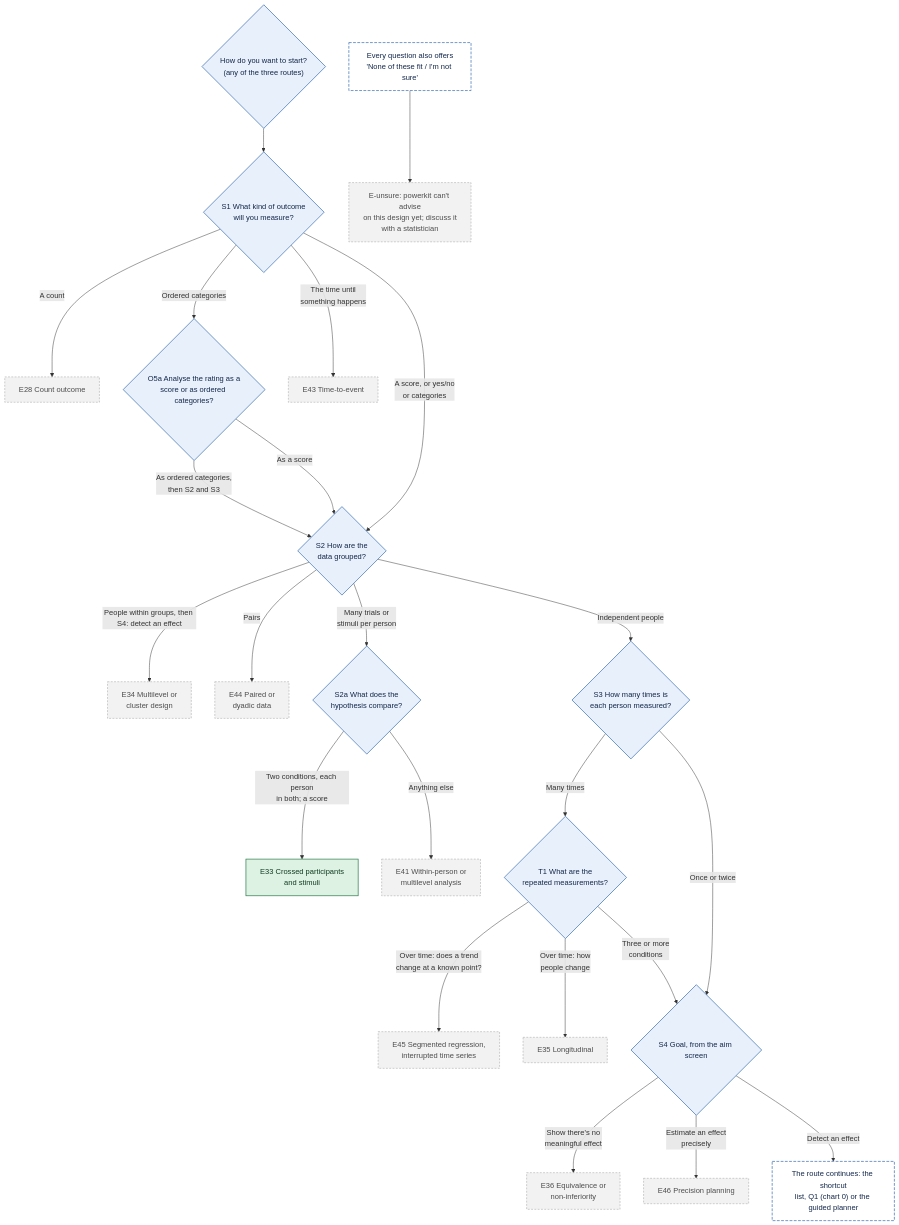
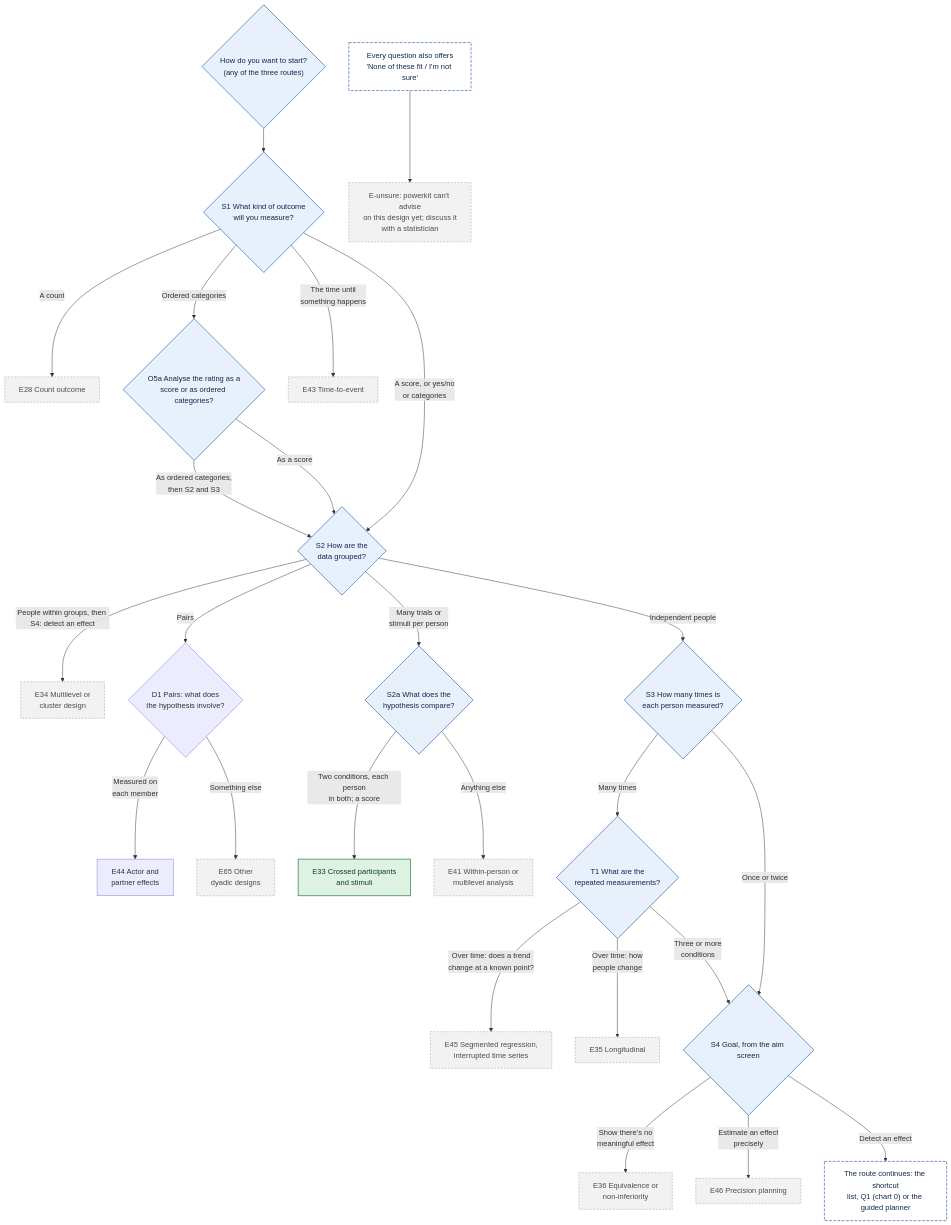
The first of 11 diagrams in docs/decision-tree.md (JoelThornton/Powerkit), drawn with Mermaid before and after one commit. The commit also changed other lines of this file and 36 other files, not shown here.

First line of the commit message:
Add dyadic data: actor and partner effects (E44) (#217)

````diff
--- a/docs/decision-tree.md
+++ b/docs/decision-tree.md
@@ -239,34 +239,36 @@
 ```mermaid
 flowchart TD
   S0{"How do you want to start?<br/>(any of the three routes)"} --> S1{"S1 What kind of outcome<br/>will you measure?"}
   S1 -->|A count| E28["E28 Count outcome"]
   S1 -->|Ordered categories| O5a{"O5a Analyse the rating as a<br/>score or as ordered categories?"}
   O5a -->|As ordered categories,<br/>then S2 and S3| S2
   O5a -->|As a score| S2
   S1 -->|The time until<br/>something happens| E43["E43 Time-to-event"]
   S1 -->|A score, or yes/no<br/>or categories| S2{"S2 How are the<br/>data grouped?"}
   S2 -->|People within groups, then S4: detect an effect| E34["E34 Multilevel or<br/>cluster design"]
-  S2 -->|Pairs| E44["E44 Paired or<br/>dyadic data"]
+  S2 -->|Pairs| D1{"D1 Pairs: what does<br/>the hypothesis involve?"}
+  D1 -->|Measured on<br/>each member| E44["E44 Actor and<br/>partner effects"]
+  D1 -->|Something else| E65["E65 Other<br/>dyadic designs"]
   S2 -->|Many trials or<br/>stimuli per person| S2A{"S2a What does the<br/>hypothesis compare?"}
   S2A -->|Two conditions, each person<br/>in both; a score| E33["E33 Crossed participants<br/>and stimuli"]
   S2A -->|Anything else| E41["E41 Within-person or<br/>multilevel analysis"]
   S2 -->|Independent people| S3{"S3 How many times is<br/>each person measured?"}
   S3 -->|Many times| T1{"T1 What are the<br/>repeated measurements?"}
   T1 -->|Over time: does a trend<br/>change at a known point?| E45["E45 Segmented regression,<br/>interrupted time series"]
   T1 -->|Over time: how<br/>people change| E35["E35 Longitudinal"]
   T1 -->|Three or more<br/>conditions| S4
   S3 -->|Once or twice| S4{"S4 Goal, from the aim screen"}
   S4 -->|Show there's no<br/>meaningful effect| E36["E36 Equivalence or<br/>non-inferiority"]
   S4 -->|Estimate an effect<br/>precisely| E46["E46 Precision planning"]
   S4 -->|Detect an effect| R["The route continues: the shortcut<br/>list, Q1 (chart 0) or the guided planner"]
   ANY["Every question also offers<br/>'None of these fit / I'm not sure'"] --> EU["E-unsure: powerkit can't advise<br/>on this design yet; discuss it<br/>with a statistician"]
   class S0,S1,O5a,S2,S2A,S3,T1,S4 q
-  class E28,E43,E34,E44,E45,E35,E36,E46,E41,EU later
+  class E28,E43,E34,E65,E45,E35,E36,E46,E41,EU later
   class E33 avail
   class R,ANY jump
   classDef q fill:#E8F0FB,stroke:#3B6FB6,color:#14284B,stroke-width:1.5px
   classDef avail fill:#DDF2E3,stroke:#2E7D4F,color:#123D24,stroke-width:1.5px
   classDef spec fill:#FFF0D1,stroke:#B97A00,color:#4A3200,stroke-width:1.5px
   classDef later fill:#F2F2F2,stroke:#9A9A9A,color:#4D4D4D,stroke-width:1px,stroke-dasharray:4 3
   classDef jump fill:#FFFFFF,stroke:#3B6FB6,color:#14284B,stroke-width:1.5px,stroke-dasharray:6 3
 ```
````
